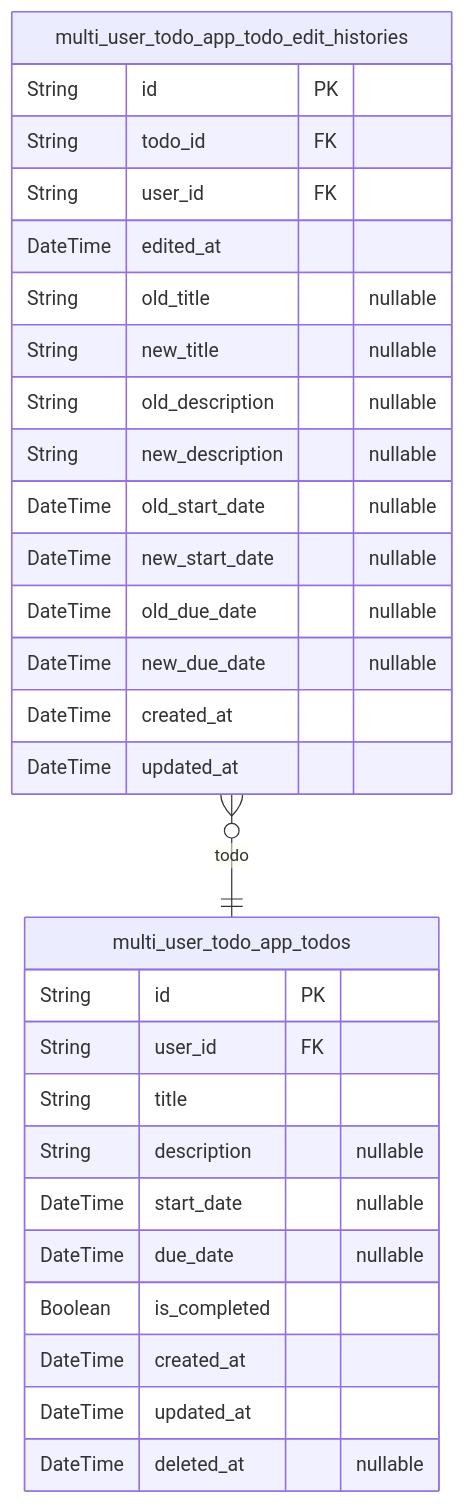
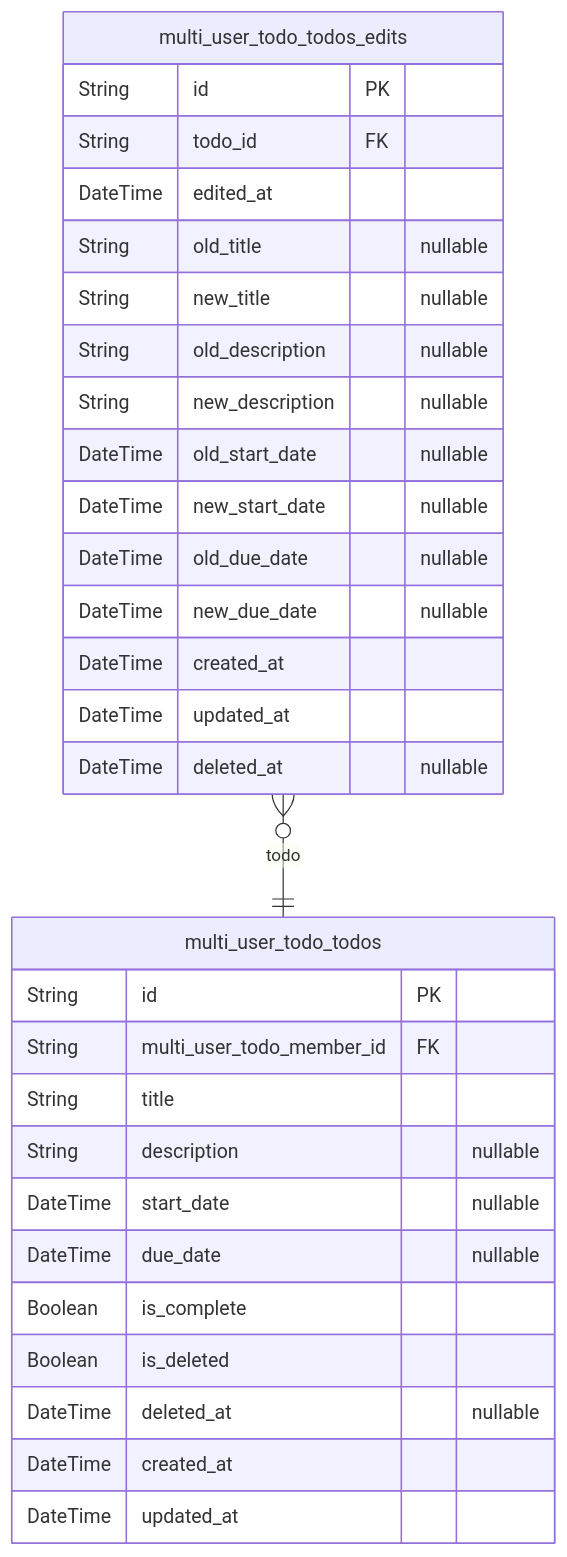
The second of 2 diagrams in qwen/qwen3.5-35b-a3b/todo/docs/ERD.md (wrtnlabs/autobe-examples), drawn with Mermaid before and after one commit. The commit also changed other lines of this file and 32093 other files, not shown here.

````diff
--- a/qwen/qwen3.5-35b-a3b/todo/docs/ERD.md
+++ b/qwen/qwen3.5-35b-a3b/todo/docs/ERD.md
@@ -266,32 +314,33 @@
 ```mermaid
 erDiagram
-"multi_user_todo_app_todos" {
+"multi_user_todo_todos" {
   String id PK
-  String user_id FK
+  String multi_user_todo_member_id FK
   String title
   String description "nullable"
   DateTime start_date "nullable"
   DateTime due_date "nullable"
-  Boolean is_completed
+  Boolean is_complete
+  Boolean is_deleted
+  DateTime deleted_at "nullable"
   DateTime created_at
   DateTime updated_at
-  DateTime deleted_at "nullable"
 }
-"multi_user_todo_app_todo_edit_histories" {
+"multi_user_todo_todos_edits" {
   String id PK
   String todo_id FK
-  String user_id FK
   DateTime edited_at
   String old_title "nullable"
   String new_title "nullable"
   String old_description "nullable"
   String new_description "nullable"
   DateTime old_start_date "nullable"
   DateTime new_start_date "nullable"
   DateTime old_due_date "nullable"
   DateTime new_due_date "nullable"
   DateTime created_at
   DateTime updated_at
+  DateTime deleted_at "nullable"
 }
-"multi_user_todo_app_todo_edit_histories" }o--|| "multi_user_todo_app_todos" : todo
+"multi_user_todo_todos_edits" }o--|| "multi_user_todo_todos" : todo
 ```
````
